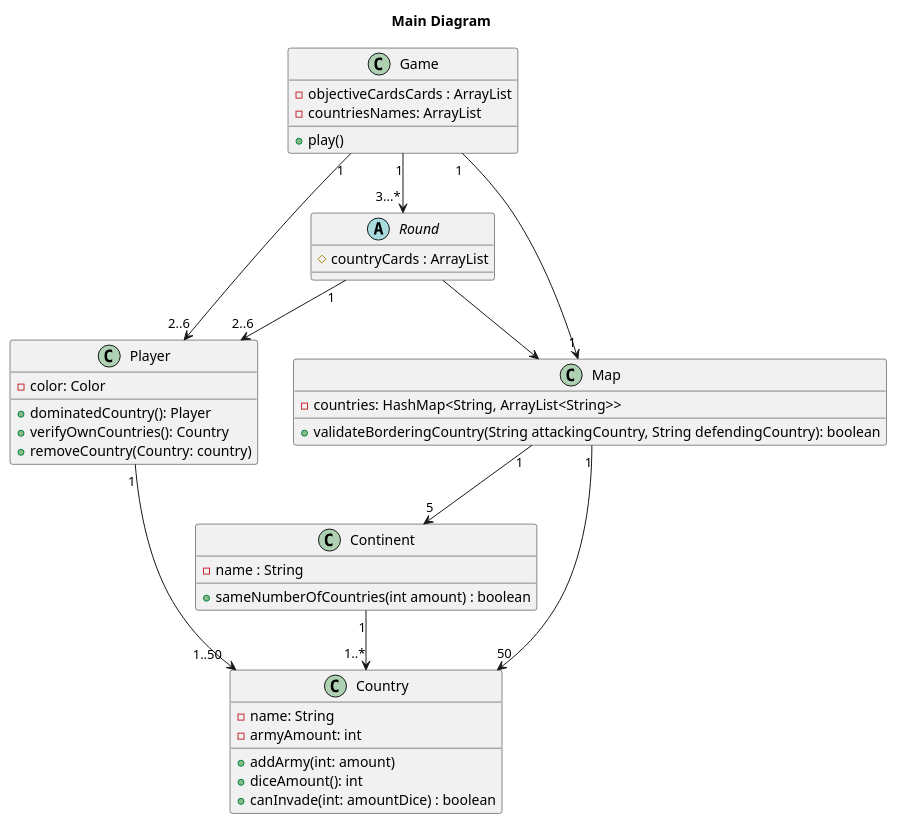
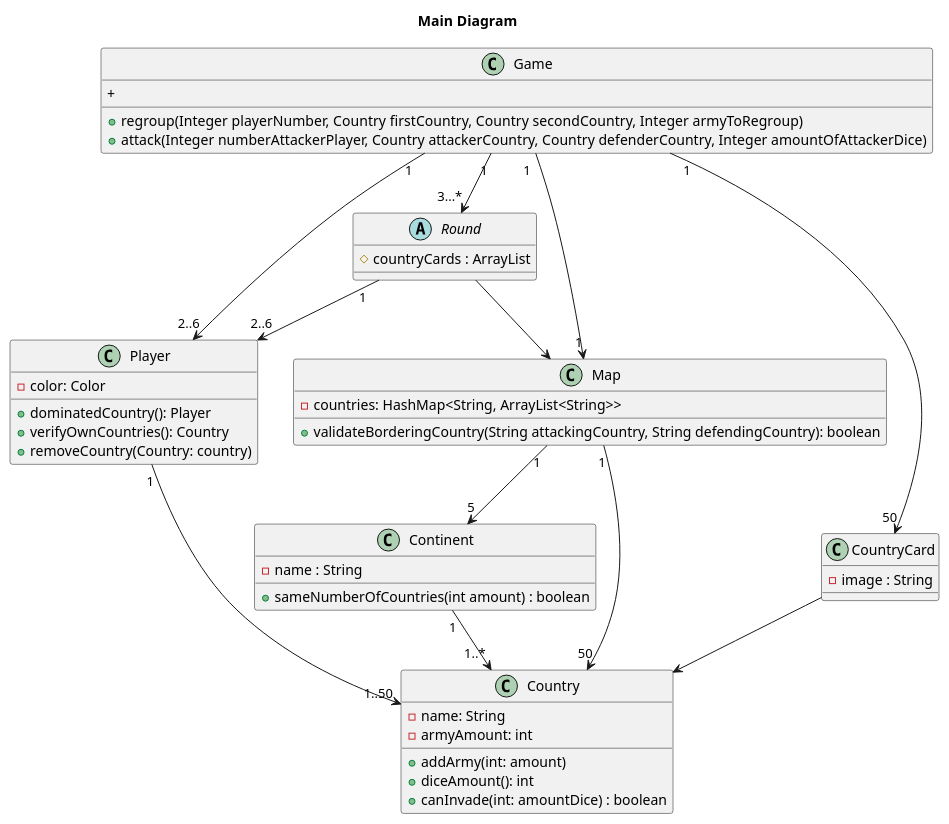
The diagram in src/main/java/edu/fiuba/algo3/documentation/MainDiagram.puml (NahuelNGomez/TEG), drawn with PlantUML before and after one commit. The commit also changed 2 other files, not shown here.

Commit message:
diagrams update

```diff
--- a/src/main/java/edu/fiuba/algo3/documentation/MainDiagram.puml
+++ b/src/main/java/edu/fiuba/algo3/documentation/MainDiagram.puml
@@ -1,56 +1,60 @@
 @startuml
 title "Main Diagram"
 class Game{
-- objectiveCardsCards : ArrayList
-- countriesNames: ArrayList
-+ play()
++ regroup(Integer playerNumber, Country firstCountry, Country secondCountry, Integer armyToRegroup)
++ attack(Integer numberAttackerPlayer, Country attackerCountry, Country defenderCountry, Integer amountOfAttackerDice)
++
 }
 class Player{
 -color: Color
 + dominatedCountry(): Player
 + verifyOwnCountries(): Country
 + removeCountry(Country: country)
 
 }
 
 
 class Map{
 - countries: HashMap<String, ArrayList<String>>
 + validateBorderingCountry(String attackingCountry, String defendingCountry): boolean
 }
 
 class Continent {
 - name : String
 + sameNumberOfCountries(int amount) : boolean
 }
 
 class Country{
 - name: String
 - armyAmount: int
 + addArmy(int: amount)
 + diceAmount(): int
 + canInvade(int: amountDice) : boolean
 }
 abstract Round{
 # countryCards : ArrayList
 }
 
-
+class CountryCard{
+- image : String
+}
 
 Game "1"--> "2..6" Player
 Game "1  "--> "1" Map
 Game "1" --> "3...*" Round
+Game "1" --> "50" CountryCard
 
 Round --> Map
 Round "1" --> "2..6" Player
 
 Map "1"--> "50" Country
 Map "1"--> "5" Continent
 
 Continent "1"-->"1..*" Country
 
 Player "1" --> "1..50" Country
 
+CountryCard --> Country
 
 
 @enduml
```
